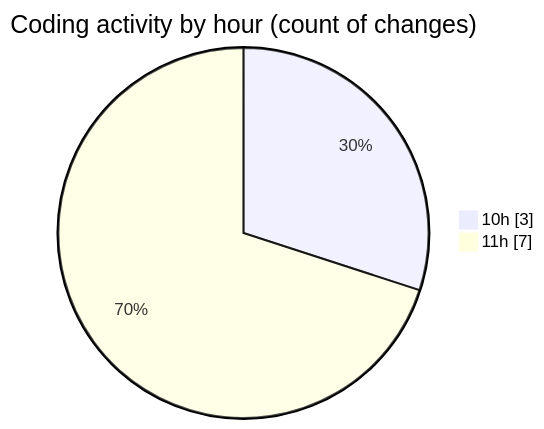
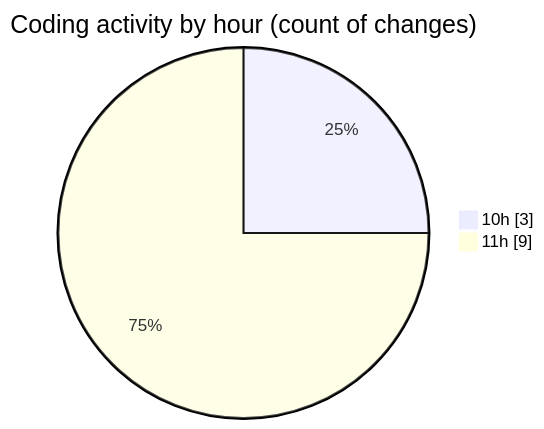
One commit to nxtqubesakshisongat/code-tracking changed the second of 2 diagrams in 2025-09-19/nxtqube_webapp/README.md. Above: the diagram before and after it, drawn with Mermaid. The commit also changed other lines of this file and 1 other file, not shown here.

````diff
--- a/2025-09-19/nxtqube_webapp/README.md
+++ b/2025-09-19/nxtqube_webapp/README.md
@@ -30,6 +30,6 @@
 ```mermaid
 pie showData
 title Coding activity by hour (count of changes)
 "10h" : 3
-"11h" : 7
+"11h" : 9
 ```
````
